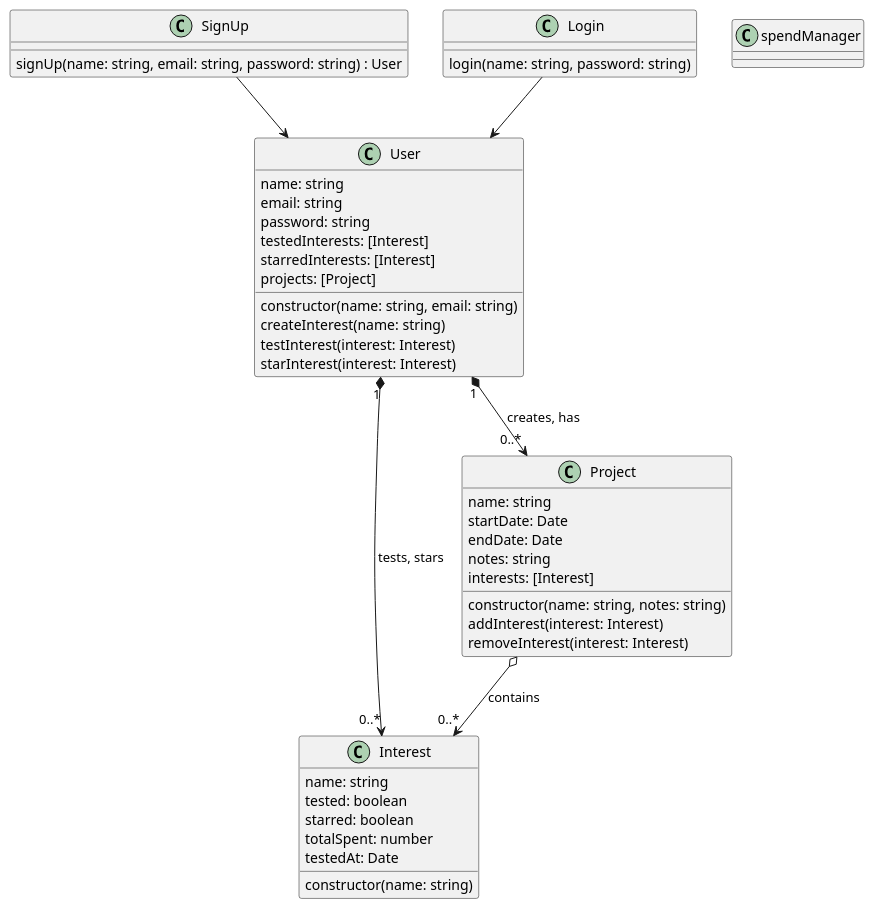
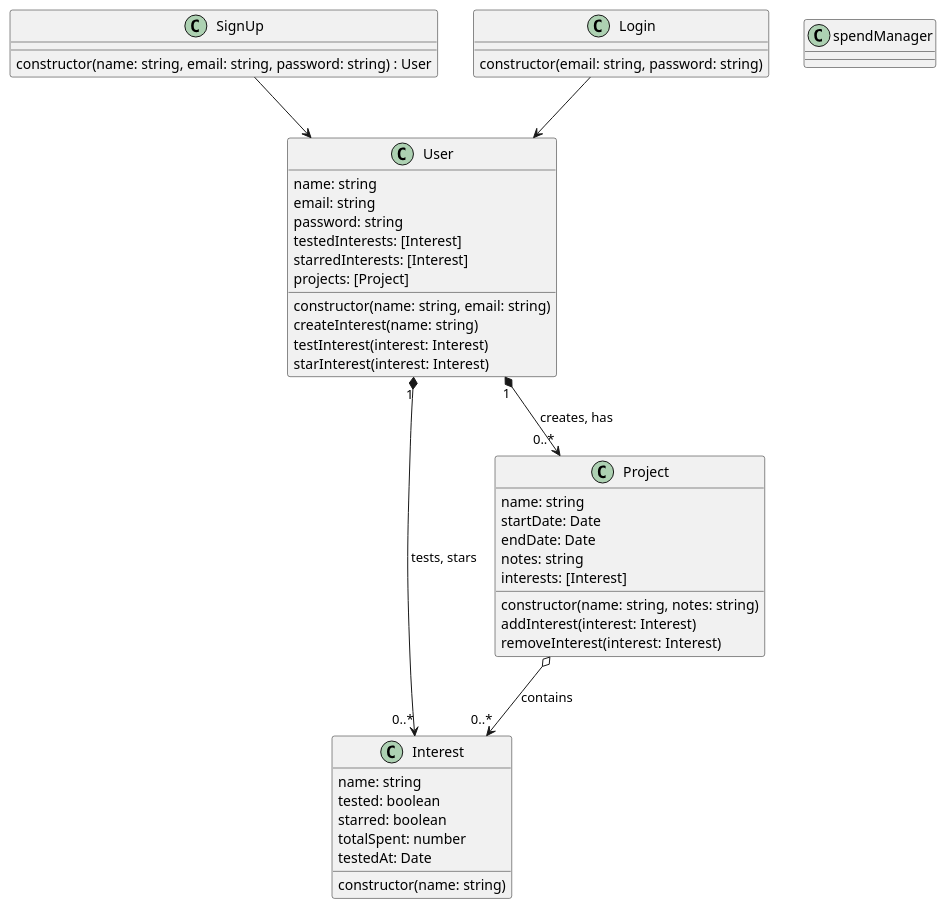
Before and after one commit to HauWv/interest-finder: the diagram in architecture/class.puml, drawn with PlantUML.

Commit message:
Update UML to reflaect changes in Signup and Login classes

```diff
--- a/architecture/class.puml
+++ b/architecture/class.puml
@@ -1,52 +1,52 @@
 @startuml Marketing-Project Class Diagram
 class User {
     name: string
     email: string
     password: string
     testedInterests: [Interest]
     starredInterests: [Interest]
     projects: [Project]
     constructor(name: string, email: string)
     createInterest(name: string)
     testInterest(interest: Interest)
     starInterest(interest: Interest)
 }
 
 class Interest {
     name: string
     tested: boolean
     starred: boolean
     totalSpent: number
     testedAt: Date
     constructor(name: string)
 }
 
 class Project {
     name: string
     startDate: Date
     endDate: Date
     notes: string
     interests: [Interest]
     constructor(name: string, notes: string)
     addInterest(interest: Interest)
     removeInterest(interest: Interest)
 }
 
 class SignUp {
-    signUp(name: string, email: string, password: string) : User
+    constructor(name: string, email: string, password: string) : User
 }
 
 class Login {
-    login(name: string, password: string)
+    constructor(email: string, password: string)
 }
 
 class spendManager {}
 
 SignUp --> User
 Login --> User
 
 User "1" *--> "0..*" Interest : tests, stars
 User "1" *--> "0..*" Project : creates, has
 Project o--> "0..*" Interest : contains
 
 @enduml
```
